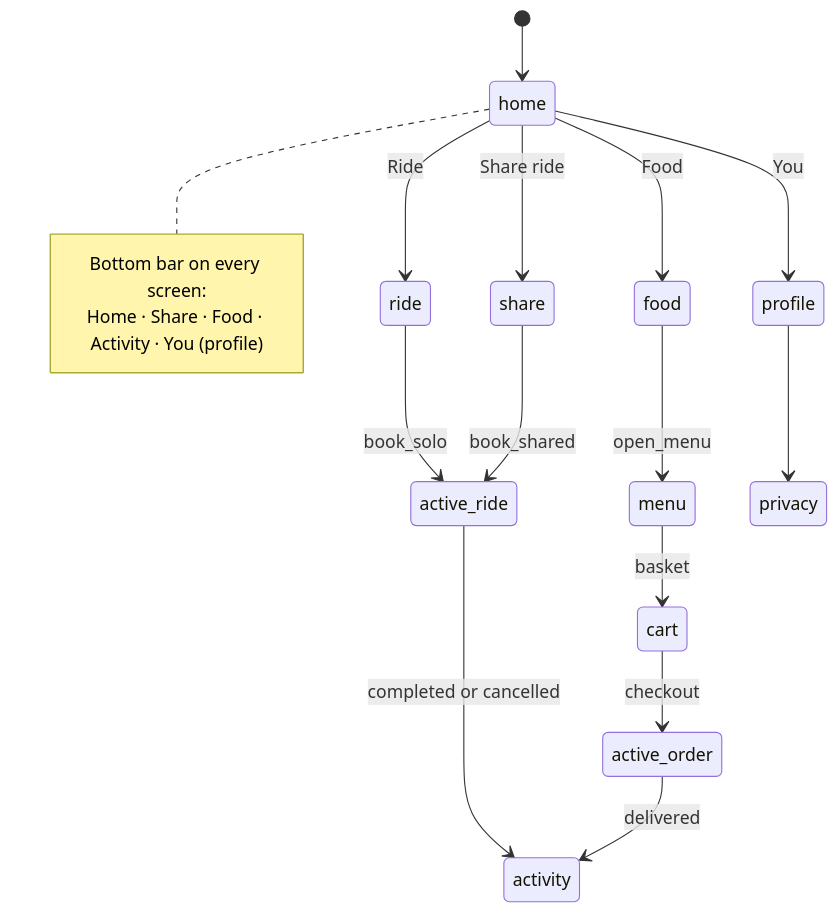
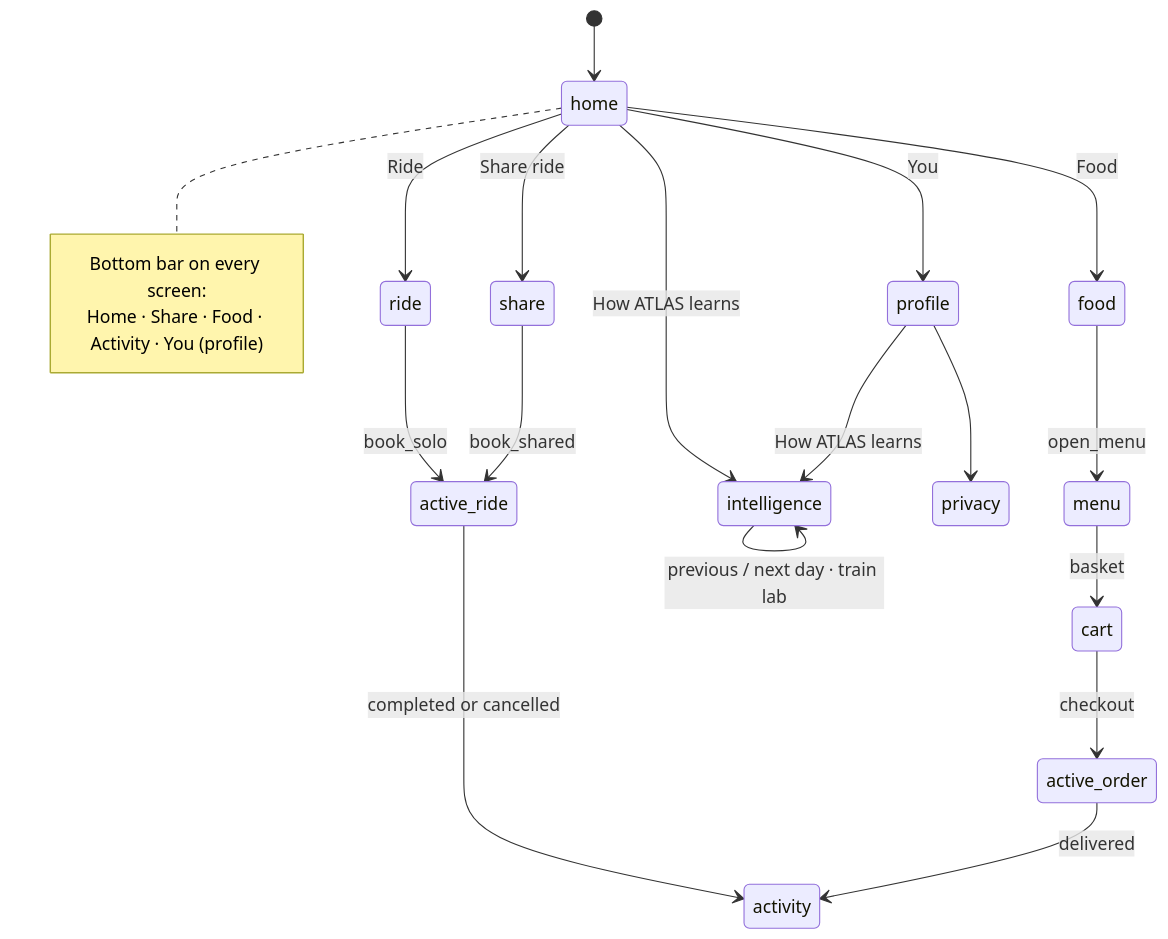
The fourth of 21 diagrams in architecture-explorer/starter/docs/UML_BLUEPRINT.md (FUllSCIPTS/ATLAS), drawn with Mermaid before and after one commit. The commit also changed other lines of this file, not shown here.

Commit message:
UML blueprint: update the Android app to ATLAS Go 1.1.0 (on-device intelligence)

````diff
--- a/architecture-explorer/starter/docs/UML_BLUEPRINT.md
+++ b/architecture-explorer/starter/docs/UML_BLUEPRINT.md
@@ -291,20 +379,23 @@
 ```mermaid
 stateDiagram-v2
     [*] --> home
     home --> ride : Ride
     home --> share : Share ride
     home --> food : Food
     ride --> active_ride : book_solo
     share --> active_ride : book_shared
     active_ride --> activity : completed or cancelled
     food --> menu : open_menu
     menu --> cart : basket
     cart --> active_order : checkout
     active_order --> activity : delivered
     home --> profile : You
     profile --> privacy
+    home --> intelligence : How ATLAS learns
+    profile --> intelligence : How ATLAS learns
+    intelligence --> intelligence : previous / next day · train lab
     note right of home
         Bottom bar on every screen:
         Home · Share · Food · Activity · You (profile)
     end note
 ```
````
